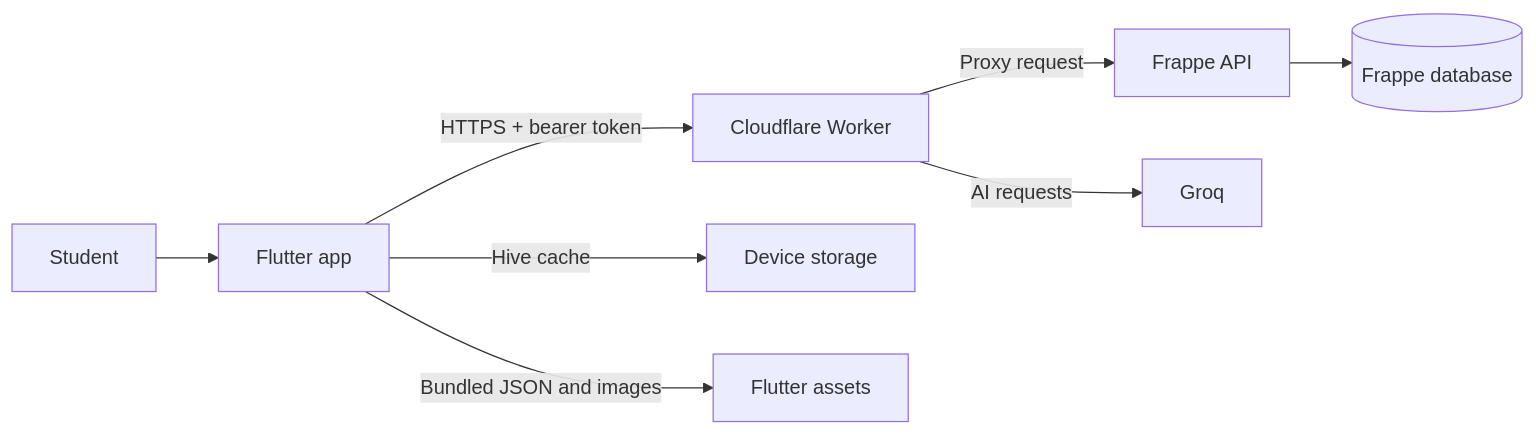
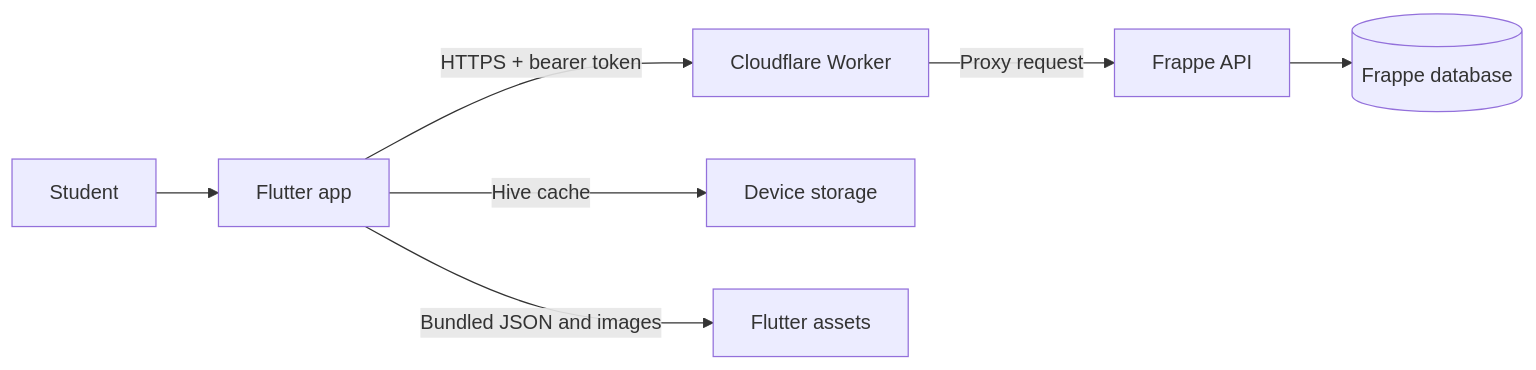
One commit to theapprenticeproject/flutter_native_webapp changed the diagram in documentation/index.md. Above: the diagram before and after it, drawn with Mermaid. The commit also changed other lines of this file and 48 other files, not shown here.

````diff
--- a/documentation/index.md
+++ b/documentation/index.md
@@ -13,10 +13,9 @@
 ```mermaid
 flowchart LR
   S[Student] --> F[Flutter app]
   F -->|HTTPS + bearer token| W[Cloudflare Worker]
   W -->|Proxy request| B[Frappe API]
-  W -->|AI requests| G[Groq]
   F -->|Hive cache| C[Device storage]
   F -->|Bundled JSON and images| A[Flutter assets]
   B --> D[(Frappe database)]
 ```
````
